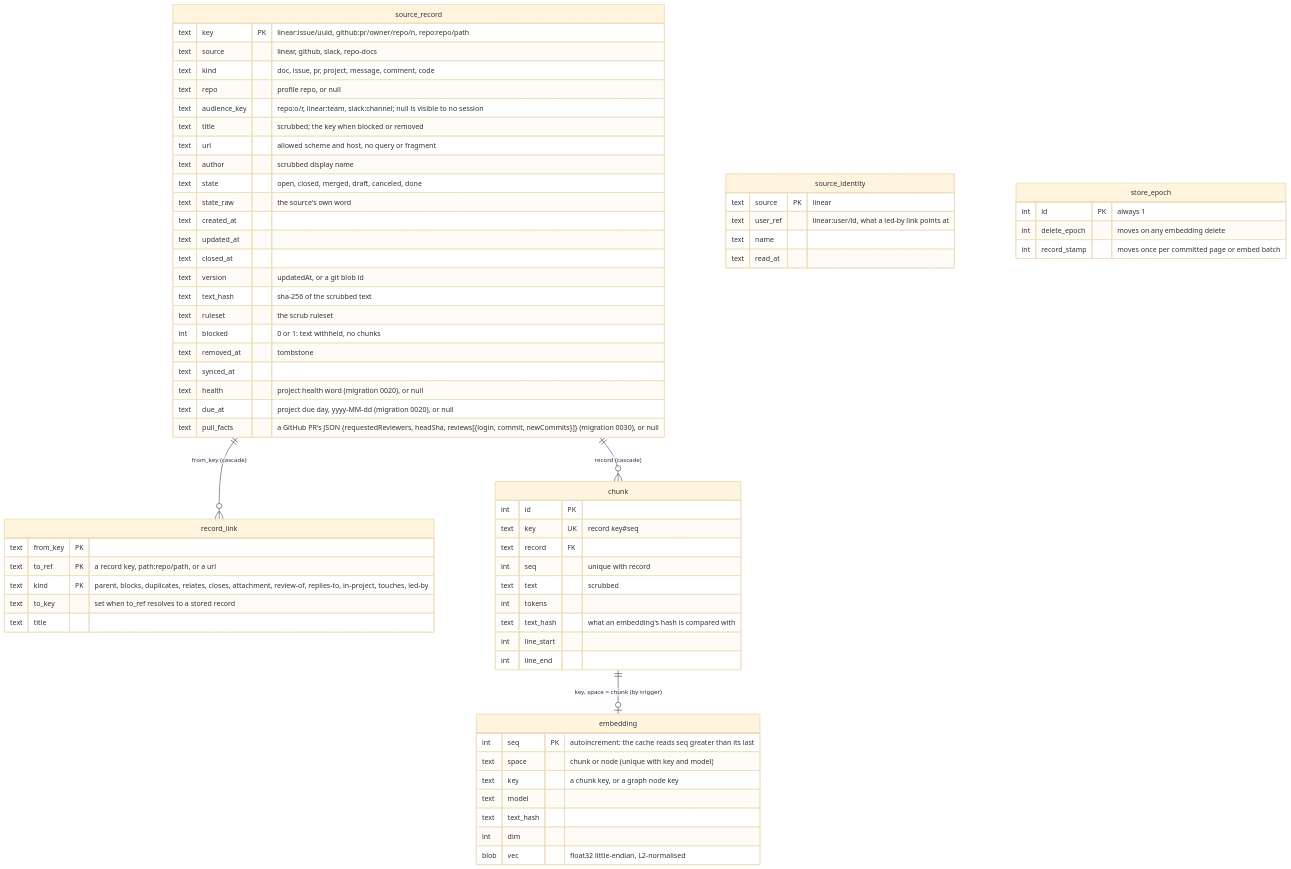
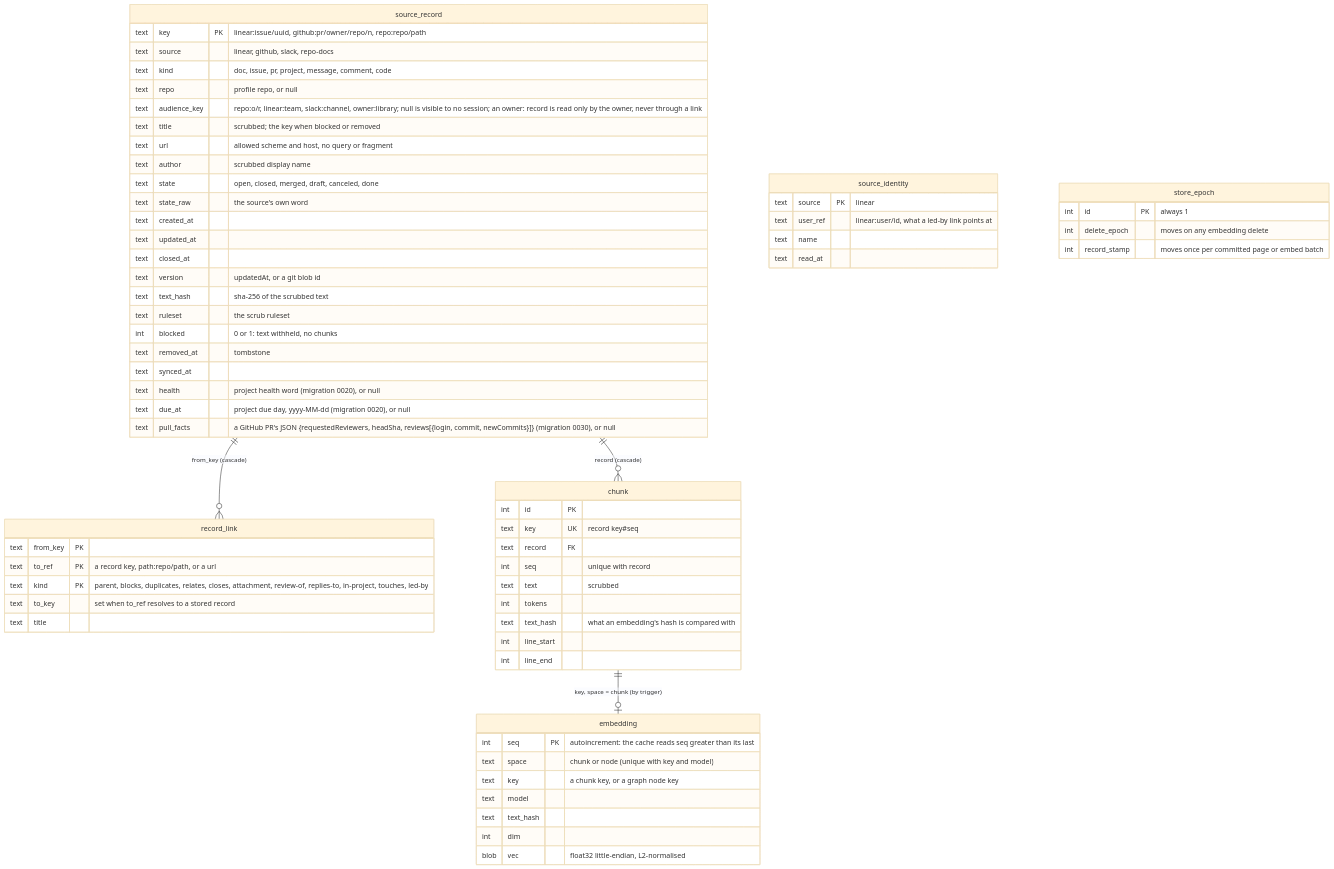
One commit to jthorare/agentic-workflow changed the first of 2 diagrams in planning/ERD.md. Above: the diagram before and after it, drawn with Mermaid (base theme). The commit also changed other lines of this file and 1 other file, not shown here.

Commit message:
docs: the owner: audience key and the library read path in the ERD and the owned index spec (Part of #2076)

````diff
--- a/planning/ERD.md
+++ b/planning/ERD.md
@@ -23,68 +23,68 @@
 ```mermaid
 erDiagram
     source_record ||--o{ record_link : "from_key (cascade)"
     source_record ||--o{ chunk : "record (cascade)"
     chunk ||--o| embedding : "key, space = chunk (by trigger)"
     source_record {
         text key PK "linear:issue/uuid, github:pr/owner/repo/n, repo:repo/path"
         text source "linear, github, slack, repo-docs"
         text kind "doc, issue, pr, project, message, comment, code"
         text repo "profile repo, or null"
-        text audience_key "repo:o/r, linear:team, slack:channel; null is visible to no session"
+        text audience_key "repo:o/r, linear:team, slack:channel, owner:library; null is visible to no session; an owner: record is read only by the owner, never through a link"
         text title "scrubbed; the key when blocked or removed"
         text url "allowed scheme and host, no query or fragment"
         text author "scrubbed display name"
         text state "open, closed, merged, draft, canceled, done"
         text state_raw "the source's own word"
         text created_at
         text updated_at
         text closed_at
         text version "updatedAt, or a git blob id"
         text text_hash "sha-256 of the scrubbed text"
         text ruleset "the scrub ruleset"
         int blocked "0 or 1: text withheld, no chunks"
         text removed_at "tombstone"
         text synced_at
         text health "project health word (migration 0020), or null"
         text due_at "project due day, yyyy-MM-dd (migration 0020), or null"
         text pull_facts "a GitHub PR's JSON {requestedReviewers, headSha, reviews[{login, commit, newCommits}]} (migration 0030), or null"
     }
     source_identity {
         text source PK "linear"
         text user_ref "linear:user/id, what a led-by link points at"
         text name
         text read_at
     }
     record_link {
         text from_key PK
         text to_ref PK "a record key, path:repo/path, or a url"
         text kind PK "parent, blocks, duplicates, relates, closes, attachment, review-of, replies-to, in-project, touches, led-by"
         text to_key "set when to_ref resolves to a stored record"
         text title
     }
     chunk {
         int id PK
         text key UK "record key#seq"
         text record FK
         int seq "unique with record"
         text text "scrubbed"
         int tokens
         text text_hash "what an embedding's hash is compared with"
         int line_start
         int line_end
     }
     embedding {
         int seq PK "autoincrement: the cache reads seq greater than its last"
         text space "chunk or node (unique with key and model)"
         text key "a chunk key, or a graph node key"
         text model
         text text_hash
         int dim
         blob vec "float32 little-endian, L2-normalised"
     }
     store_epoch {
         int id PK "always 1"
         int delete_epoch "moves on any embedding delete"
         int record_stamp "moves once per committed page or embed batch"
     }
 ```
````
